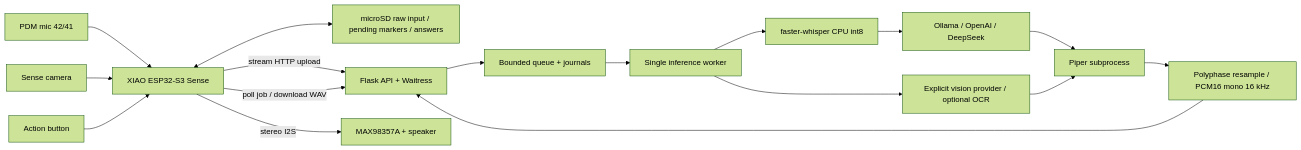
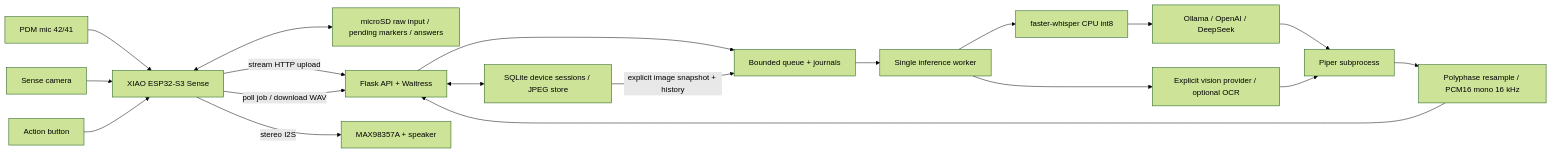
The first of 4 diagrams in docs/ARCHITECTURE.md (Dineth14/InspectPin), drawn with Mermaid (forest theme) before and after one commit. The commit also changed other lines of this file and 44 other files, not shown here.

````diff
--- a/docs/ARCHITECTURE.md
+++ b/docs/ARCHITECTURE.md
@@ -3,19 +3,21 @@
 ```mermaid
 flowchart LR
   Mic[PDM mic 42/41] --> ESP[XIAO ESP32-S3 Sense]
   Cam[Sense camera] --> ESP
   Button[Action button] --> ESP
   ESP <--> SD[microSD raw input / pending markers / answers]
   ESP -->|stream HTTP upload| API[Flask API + Waitress]
   ESP -->|poll job / download WAV| API
   API --> Jobs[Bounded queue + journals]
+  API <--> Sessions[SQLite device sessions / JPEG store]
+  Sessions -->|explicit image snapshot + history| Jobs
   Jobs --> Worker[Single inference worker]
   Worker --> STT[faster-whisper CPU int8]
   STT --> LLM[Ollama / OpenAI / DeepSeek]
   Worker --> Vision[Explicit vision provider / optional OCR]
   LLM --> TTS[Piper subprocess]
   Vision --> TTS
   TTS --> PCM[Polyphase resample / PCM16 mono 16 kHz]
   PCM --> API
   ESP -->|stereo I2S| Amp[MAX98357A + speaker]
 ```
````
